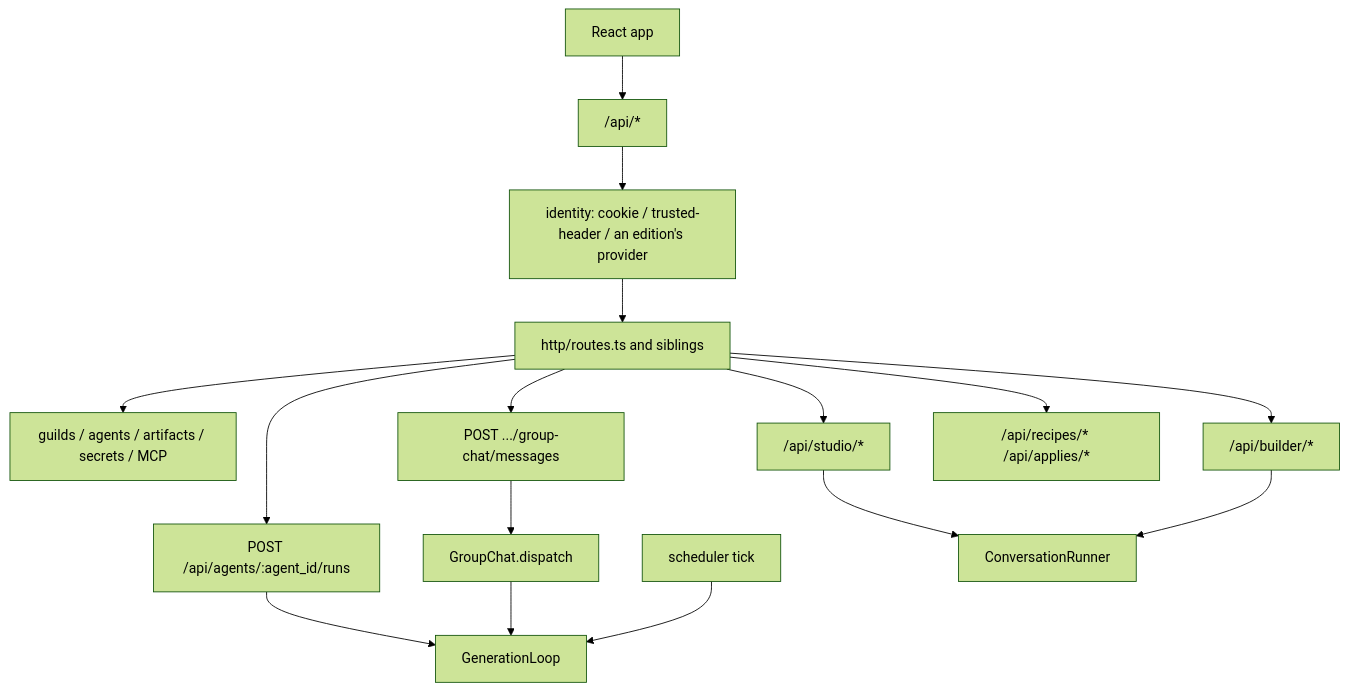
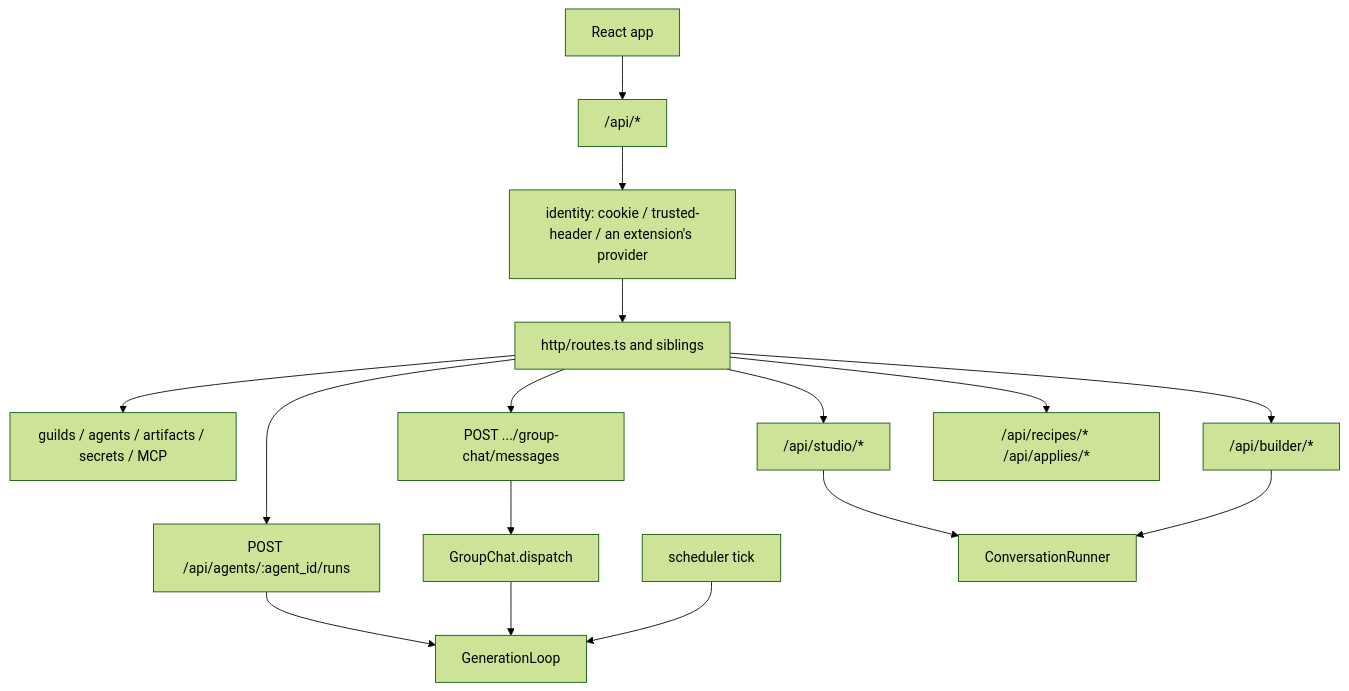
The second of 3 diagrams in docs/architecture/orchestrator.md (CigaleAI/guilds), drawn with Mermaid (forest theme) before and after one commit. The commit also changed other lines of this file and 55 other files, not shown here.

Commit message:
Call the code that extends core an extension, not an edition

````diff
--- a/docs/architecture/orchestrator.md
+++ b/docs/architecture/orchestrator.md
@@ -224,18 +225,18 @@
 ```mermaid
 flowchart TD
   UI["React app"] --> API["/api/*"]
-  API --> ID["identity: cookie / trusted-header / an edition's provider"]
+  API --> ID["identity: cookie / trusted-header / an extension's provider"]
   ID --> R["http/routes.ts and siblings"]
   R --> CRUD["guilds / agents / artifacts / secrets / MCP"]
   R --> Run["POST /api/agents/:agent_id/runs"]
   R --> Group["POST .../group-chat/messages"]
   R --> Studio["/api/studio/*"]
   R --> Builder["/api/builder/*"]
   R --> Recipes["/api/recipes/* /api/applies/*"]
   Run --> GL["GenerationLoop"]
   Group --> GC["GroupChat.dispatch"]
   GC --> GL
   Cron["scheduler tick"] --> GL
   Studio --> CR["ConversationRunner"]
   Builder --> CR
 ```
````
